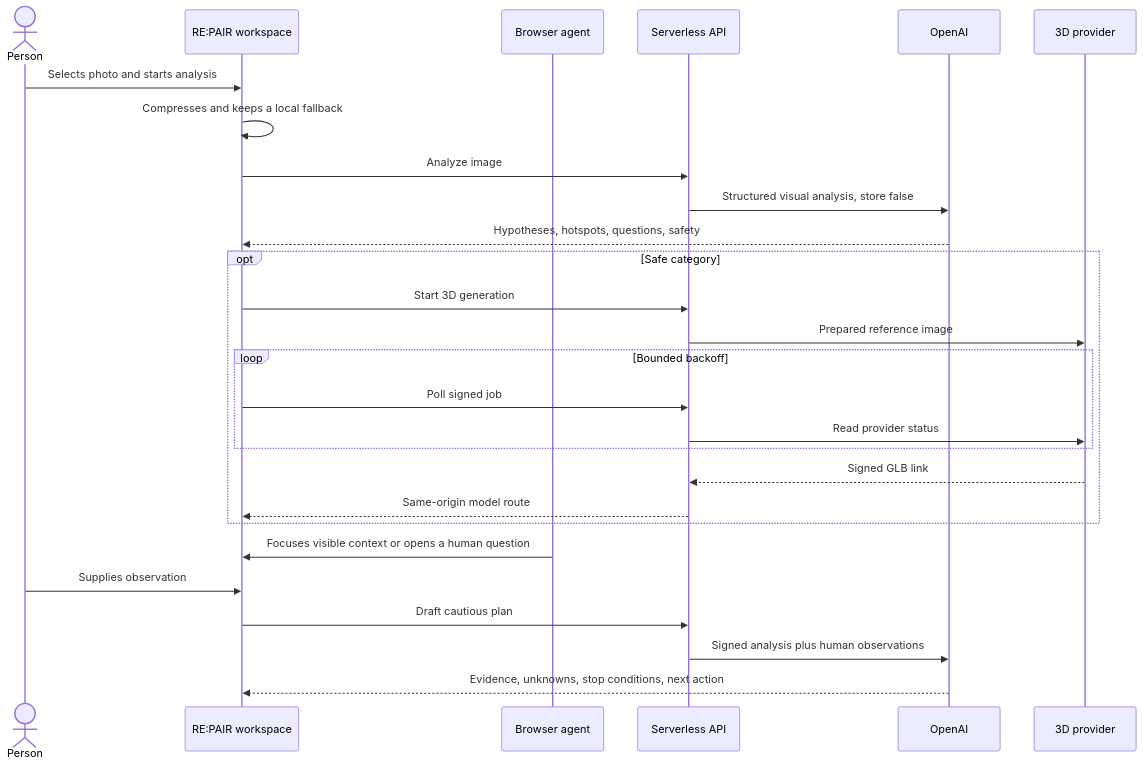
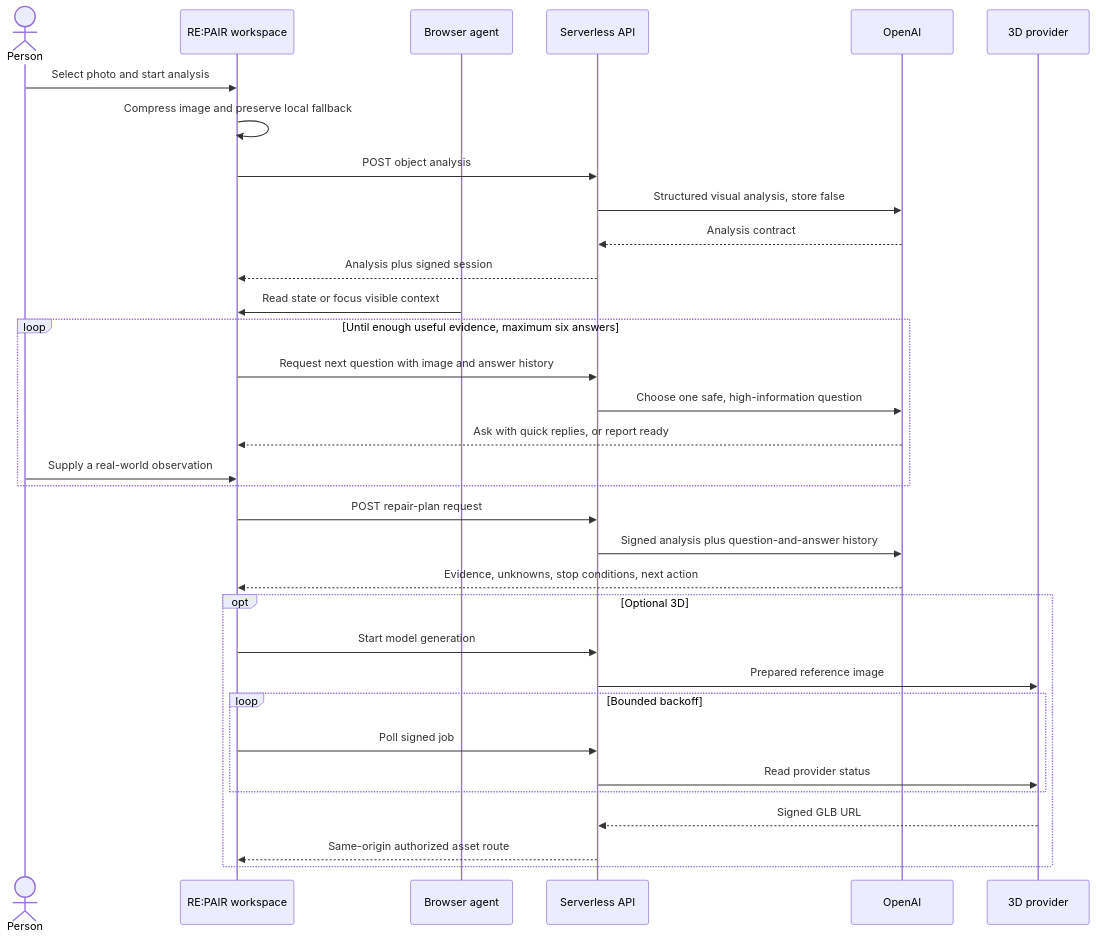
One commit to appdever01/repair-webmcp changed the second of 2 diagrams in README.md. Above: the diagram before and after it, drawn with Mermaid. The commit also changed other lines of this file and 39 other files, not shown here.

First line of the commit message:
feat: update OpenAI image model and add Radix UI select component

````diff
--- a/README.md
+++ b/README.md
@@ -49,30 +296,36 @@
 ```mermaid
 sequenceDiagram
   actor Person
   participant UI as RE:PAIR workspace
   participant Agent as Browser agent
   participant API as Serverless API
   participant OpenAI
   participant Provider as 3D provider
 
-  Person->>UI: Selects photo and starts analysis
-  UI->>UI: Compresses and keeps a local fallback
-  UI->>API: Analyze image
+  Person->>UI: Select photo and start analysis
+  UI->>UI: Compress image and preserve local fallback
+  UI->>API: POST object analysis
   API->>OpenAI: Structured visual analysis, store false
-  OpenAI-->>UI: Hypotheses, hotspots, questions, safety
-  opt Safe category
-    UI->>API: Start 3D generation
+  OpenAI-->>API: Analysis contract
+  API-->>UI: Analysis plus signed session
+  Agent->>UI: Read state or focus visible context
+  loop Until enough useful evidence, maximum six answers
+    UI->>API: Request next question with image and answer history
+    API->>OpenAI: Choose one safe, high-information question
+    OpenAI-->>UI: Ask with quick replies, or report ready
+    Person->>UI: Supply a real-world observation
+  end
+  UI->>API: POST repair-plan request
+  API->>OpenAI: Signed analysis plus question-and-answer history
+  OpenAI-->>UI: Evidence, unknowns, stop conditions, next action
+  opt Optional 3D
+    UI->>API: Start model generation
     API->>Provider: Prepared reference image
     loop Bounded backoff
       UI->>API: Poll signed job
       API->>Provider: Read provider status
     end
-    Provider-->>API: Signed GLB link
-    API-->>UI: Same-origin model route
+    Provider-->>API: Signed GLB URL
+    API-->>UI: Same-origin authorized asset route
   end
-  Agent->>UI: Focuses visible context or opens a human question
-  Person->>UI: Supplies observation
-  UI->>API: Draft cautious plan
-  API->>OpenAI: Signed analysis plus human observations
-  OpenAI-->>UI: Evidence, unknowns, stop conditions, next action
 ```
````
